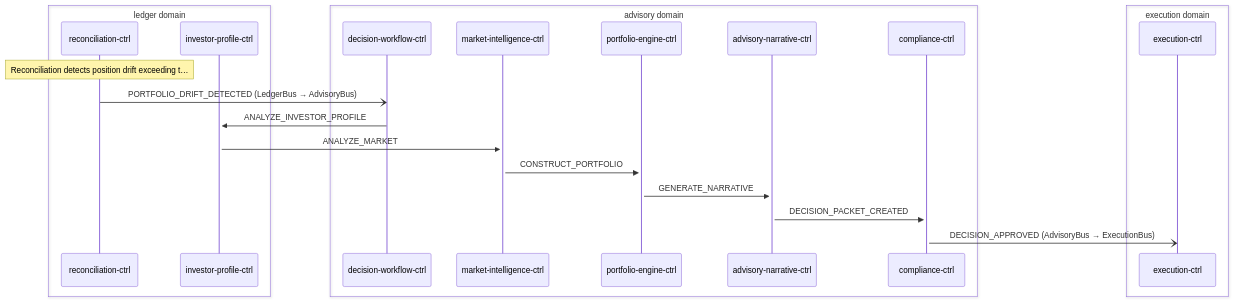
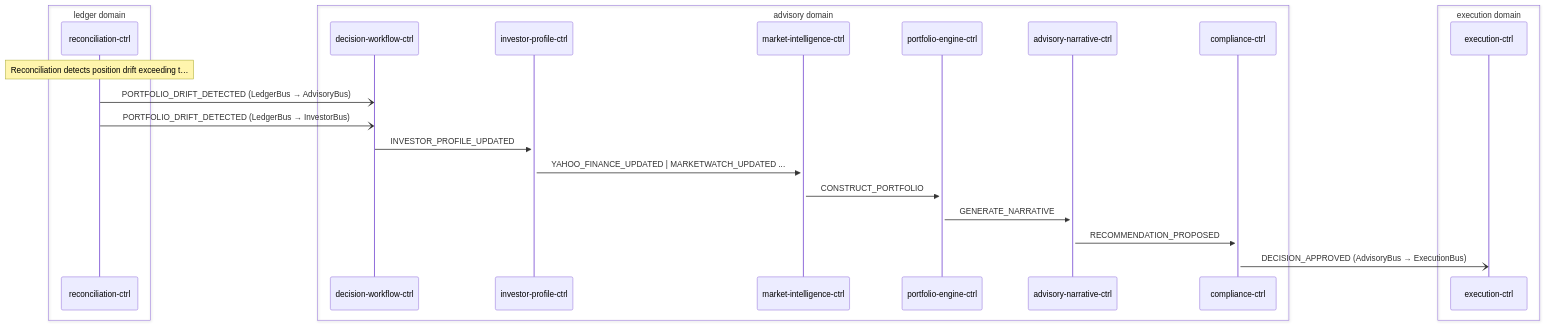
One commit to fabio-vitali/nestfolio changed the second of 2 diagrams in docs/data-flows/portfolio-rebalance.md. Above: the diagram before and after it, drawn with Mermaid. The commit also changed other lines of this file and 25 other files, not shown here.

First line of the commit message:
docs(data-flows): sync flow specs to code + harden generator

````diff
--- a/docs/data-flows/portfolio-rebalance.md
+++ b/docs/data-flows/portfolio-rebalance.md
@@ -33,25 +33,26 @@
 ```mermaid
 sequenceDiagram
     box ledger domain
         participant reconciliation_ctrl as reconciliation-ctrl
-        participant investor_profile_ctrl as investor-profile-ctrl
     end
     box advisory domain
         participant decision_workflow_ctrl as decision-workflow-ctrl
+        participant investor_profile_ctrl as investor-profile-ctrl
         participant market_intelligence_ctrl as market-intelligence-ctrl
         participant portfolio_engine_ctrl as portfolio-engine-ctrl
         participant advisory_narrative_ctrl as advisory-narrative-ctrl
         participant compliance_ctrl as compliance-ctrl
     end
     box execution domain
         participant execution_ctrl as execution-ctrl
     end
     Note over reconciliation_ctrl: Reconciliation detects position drift exceeding t…
     reconciliation_ctrl-)decision_workflow_ctrl: PORTFOLIO_DRIFT_DETECTED (LedgerBus → AdvisoryBus)
-    decision_workflow_ctrl->>+investor_profile_ctrl: ANALYZE_INVESTOR_PROFILE
-    investor_profile_ctrl->>+market_intelligence_ctrl: ANALYZE_MARKET
+    reconciliation_ctrl-)decision_workflow_ctrl: PORTFOLIO_DRIFT_DETECTED (LedgerBus → InvestorBus)
+    decision_workflow_ctrl->>+investor_profile_ctrl: INVESTOR_PROFILE_UPDATED
+    investor_profile_ctrl->>+market_intelligence_ctrl: YAHOO_FINANCE_UPDATED | MARKETWATCH_UPDATED ...
     market_intelligence_ctrl->>+portfolio_engine_ctrl: CONSTRUCT_PORTFOLIO
     portfolio_engine_ctrl->>+advisory_narrative_ctrl: GENERATE_NARRATIVE
-    advisory_narrative_ctrl->>+compliance_ctrl: DECISION_PACKET_CREATED
+    advisory_narrative_ctrl->>+compliance_ctrl: RECOMMENDATION_PROPOSED
     compliance_ctrl-)execution_ctrl: DECISION_APPROVED (AdvisoryBus → ExecutionBus)
 ```
````
